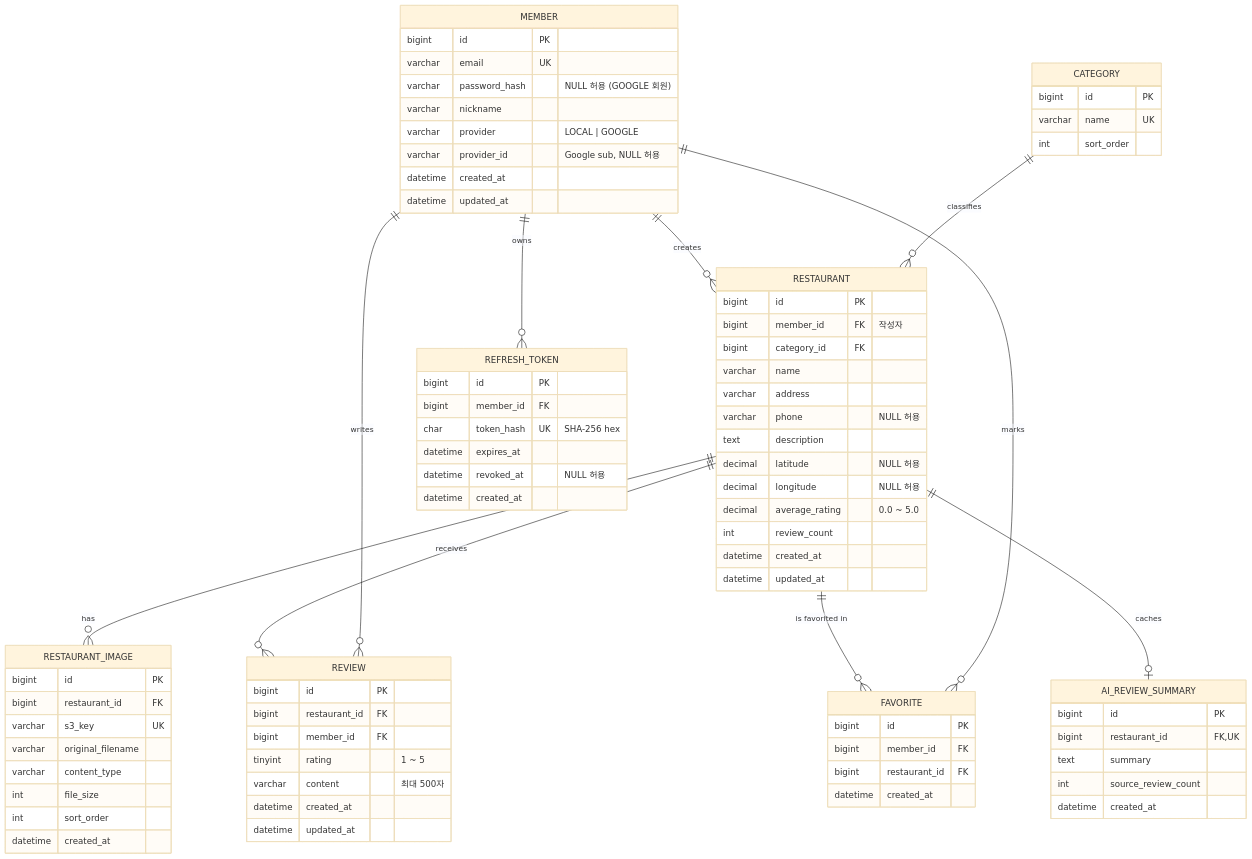
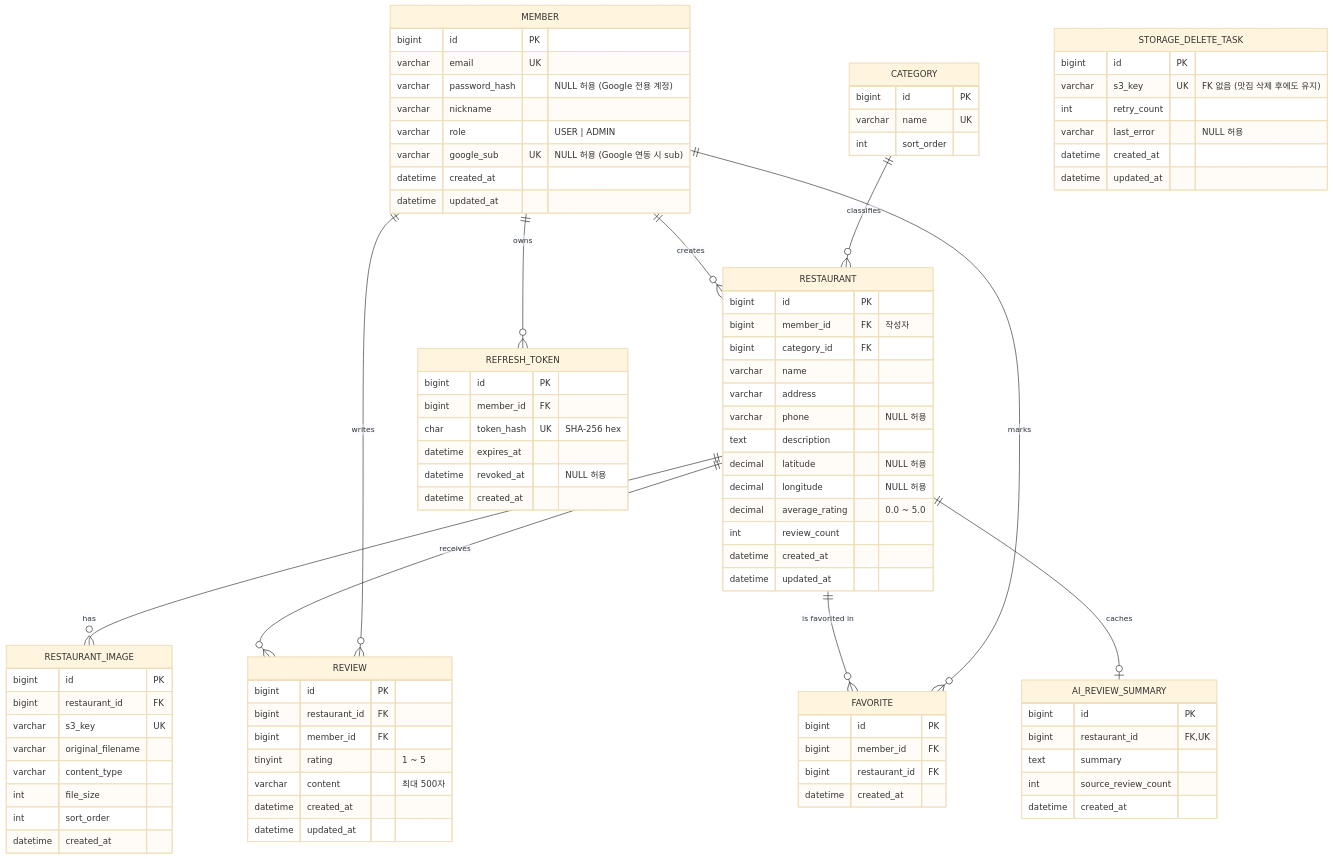
One commit to keosin6/busan-local-food changed the diagram in docs/DATABASE_ERD.md. Above: the diagram before and after it, drawn with Mermaid (base theme). The commit also changed other lines of this file and 7 other files, not shown here.

````diff
--- a/docs/DATABASE_ERD.md
+++ b/docs/DATABASE_ERD.md
@@ -21,10 +22,10 @@
     MEMBER {
         bigint id PK
         varchar email UK
-        varchar password_hash "NULL 허용 (GOOGLE 회원)"
+        varchar password_hash "NULL 허용 (Google 전용 계정)"
         varchar nickname
-        varchar provider "LOCAL | GOOGLE"
-        varchar provider_id "Google sub, NULL 허용"
+        varchar role "USER | ADMIN"
+        varchar google_sub UK "NULL 허용 (Google 연동 시 sub)"
         datetime created_at
         datetime updated_at
     }
@@ -95,4 +96,13 @@
         datetime revoked_at "NULL 허용"
         datetime created_at
     }
+
+    STORAGE_DELETE_TASK {
+        bigint id PK
+        varchar s3_key UK "FK 없음 (맛집 삭제 후에도 유지)"
+        int retry_count
+        varchar last_error "NULL 허용"
+        datetime created_at
+        datetime updated_at
+    }
 ```
````
